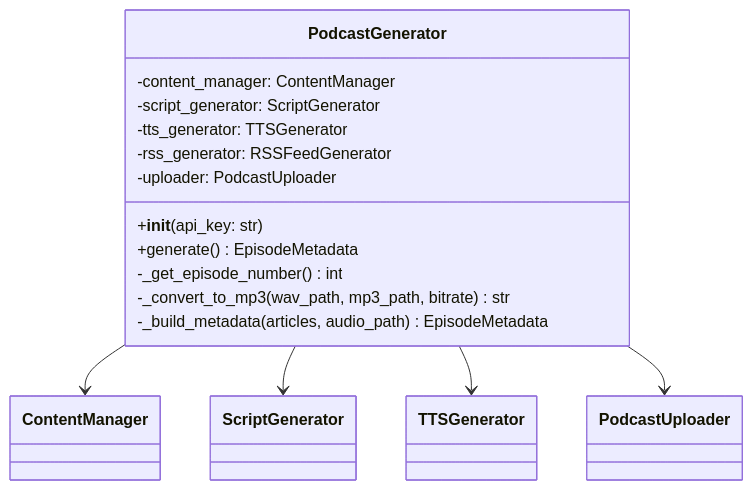
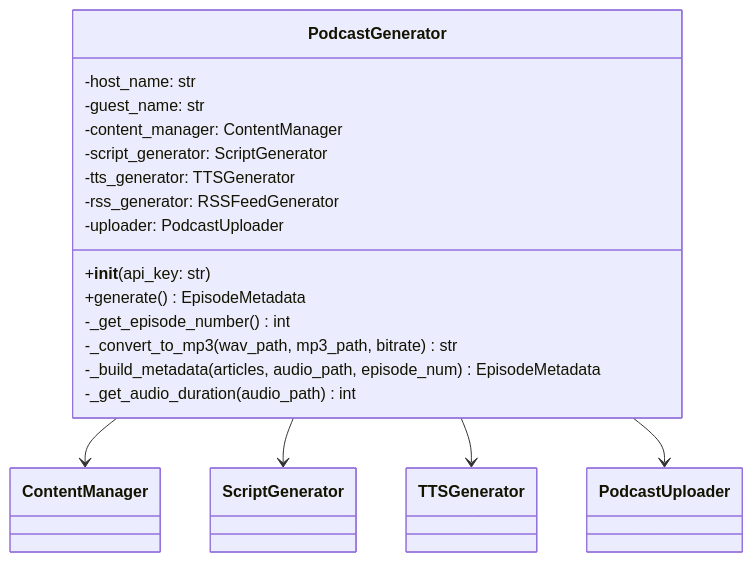
Before and after one commit to necoha/auto-podcast: the sixth of 6 diagrams in docs/LLD.md, drawn with Mermaid. The commit also changed other lines of this file and 3 other files, not shown here.

````diff
--- a/docs/LLD.md
+++ b/docs/LLD.md
@@ -296,20 +298,23 @@
 ```mermaid
 classDiagram
     class PodcastGenerator {
+        -host_name: str
+        -guest_name: str
         -content_manager: ContentManager
         -script_generator: ScriptGenerator
         -tts_generator: TTSGenerator
         -rss_generator: RSSFeedGenerator
         -uploader: PodcastUploader
         +__init__(api_key: str)
         +generate() EpisodeMetadata
         -_get_episode_number() int
         -_convert_to_mp3(wav_path, mp3_path, bitrate) str
-        -_build_metadata(articles, audio_path) EpisodeMetadata
+        -_build_metadata(articles, audio_path, episode_num) EpisodeMetadata
+        -_get_audio_duration(audio_path) int
     }
 
     PodcastGenerator --> ContentManager
     PodcastGenerator --> ScriptGenerator
     PodcastGenerator --> TTSGenerator
     PodcastGenerator --> PodcastUploader
 ```
````
